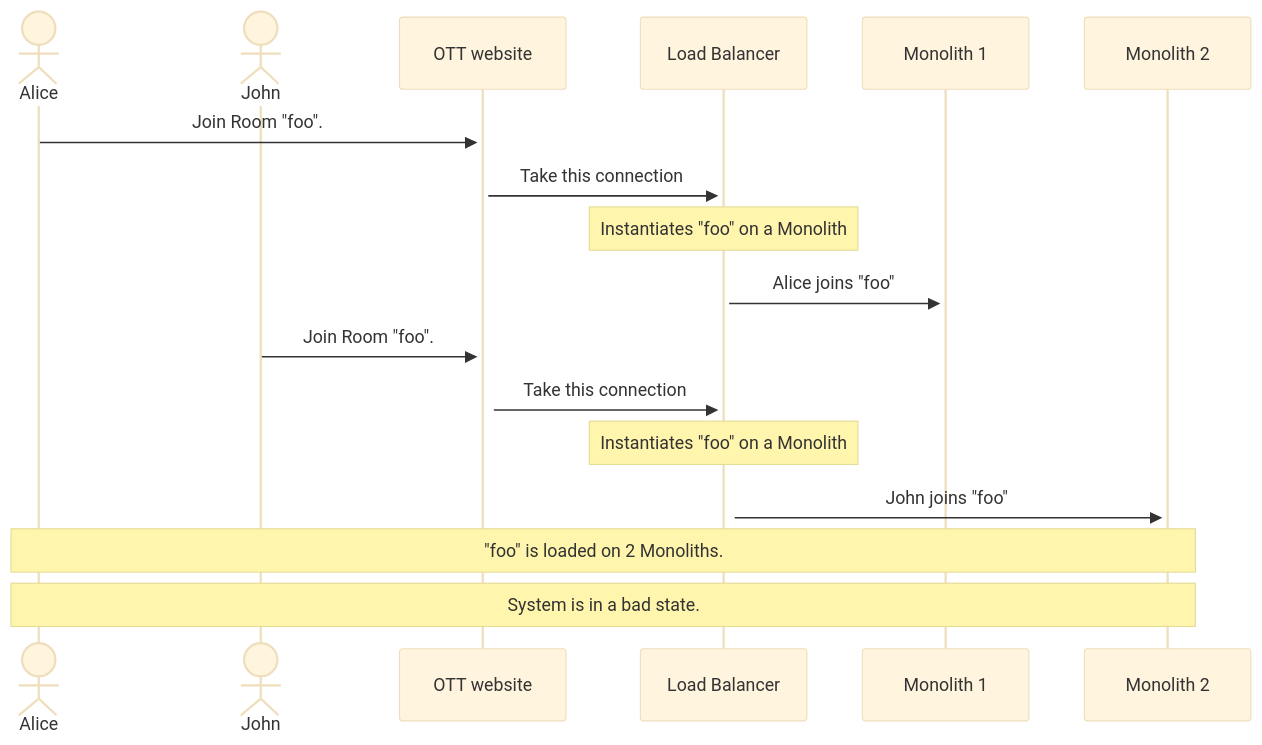
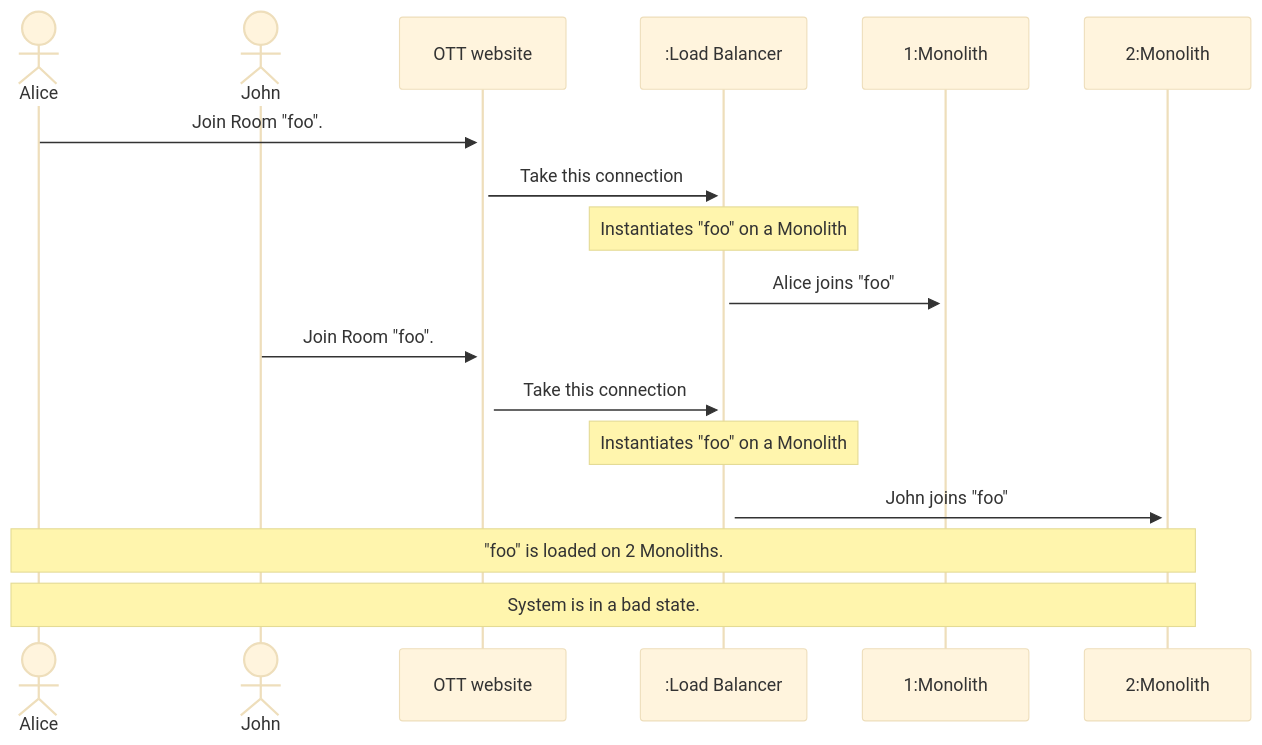
One commit to dyc3/senior-design changed the diagram in figures/join-room-stateless.mmd. Above: the diagram before and after it, drawn with Mermaid (base theme). The commit also changed 1 other file, not shown here.

```diff
--- a/figures/join-room-stateless.mmd
+++ b/figures/join-room-stateless.mmd
@@ -1,17 +1,17 @@
 sequenceDiagram
     actor Alice
     actor John
     participant OTT as OTT website
-    participant L as Load Balancer
-    participant M1 as Monolith 1
-    participant M2 as Monolith 2
+    participant L as :Load Balancer
+    participant M1 as 1:Monolith 
+    participant M2 as 2:Monolith 
     Alice->>+OTT: Join Room "foo".
     OTT->>+L: Take this connection
     Note over L: Instantiates "foo" on a Monolith
     L->>+M1: Alice joins "foo"
     John->>+OTT: Join Room "foo".
     OTT->>+L: Take this connection
     Note over L: Instantiates "foo" on a Monolith
     L->>+M2: John joins "foo"
     Note over Alice,M2: "foo" is loaded on 2 Monoliths.
     Note over Alice,M2: System is in a bad state.
```
